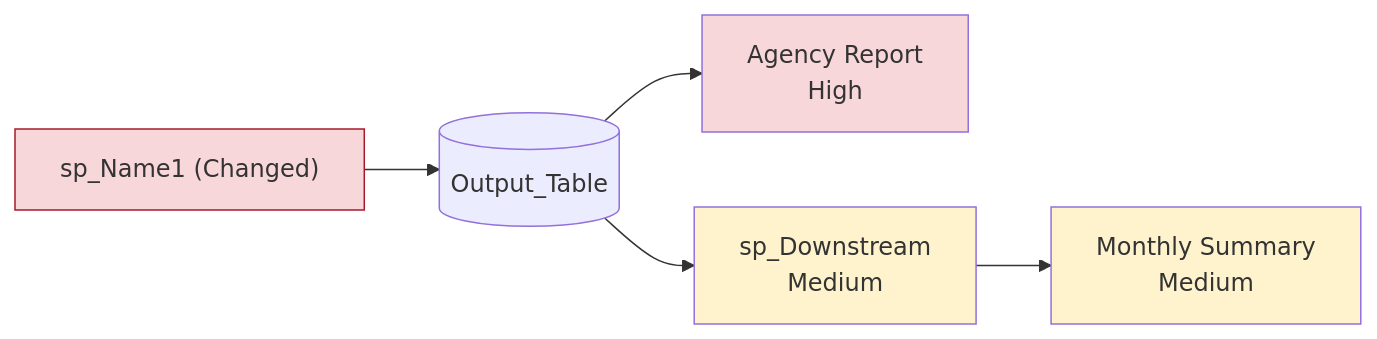
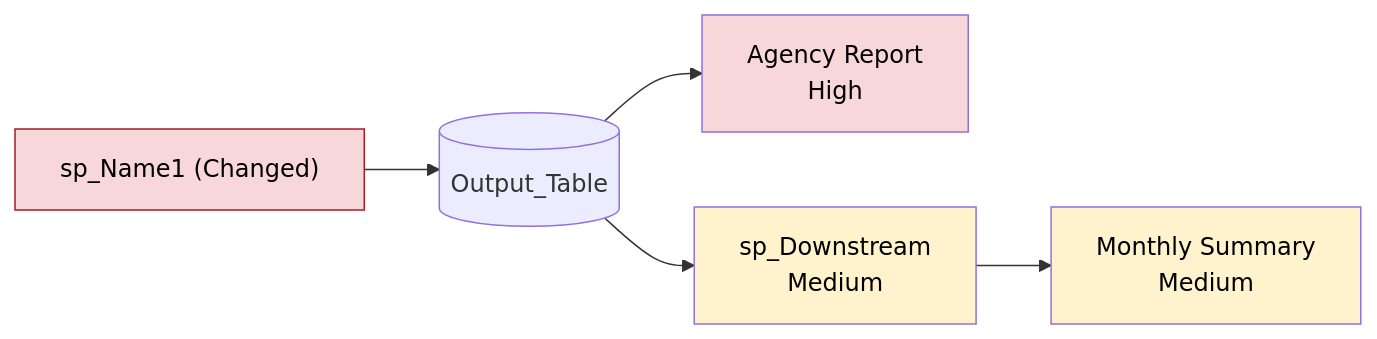
The fifth of 6 diagrams in docs/SQL_Developer/standard/CR_Report_Template_Business.md (lvccwk/agent-workflow), drawn with Mermaid before and after one commit. The commit also changed other lines of this file and 1 other file, not shown here.

Commit message:
update text color

````diff
--- a/docs/SQL_Developer/standard/CR_Report_Template_Business.md
+++ b/docs/SQL_Developer/standard/CR_Report_Template_Business.md
@@ -132,11 +132,11 @@
 ```mermaid
 flowchart LR
     SP1["sp_Name1 (Changed)"] --> OUT[("Output_Table")]
     OUT --> R1["Agency Report<br/>High"]
     OUT --> SP9["sp_Downstream<br/>Medium"]
     SP9 --> R2["Monthly Summary<br/>Medium"]
-    style SP1 fill:#f8d7da,stroke:#a61b29
-    style R1 fill:#f8d7da
-    style SP9 fill:#fff3cd
-    style R2 fill:#fff3cd
+    style SP1 fill:#f8d7da,stroke:#a61b29,color:#000000
+    style R1 fill:#f8d7da,color:#000000
+    style SP9 fill:#fff3cd,color:#000000
+    style R2 fill:#fff3cd,color:#000000
 ```
````
